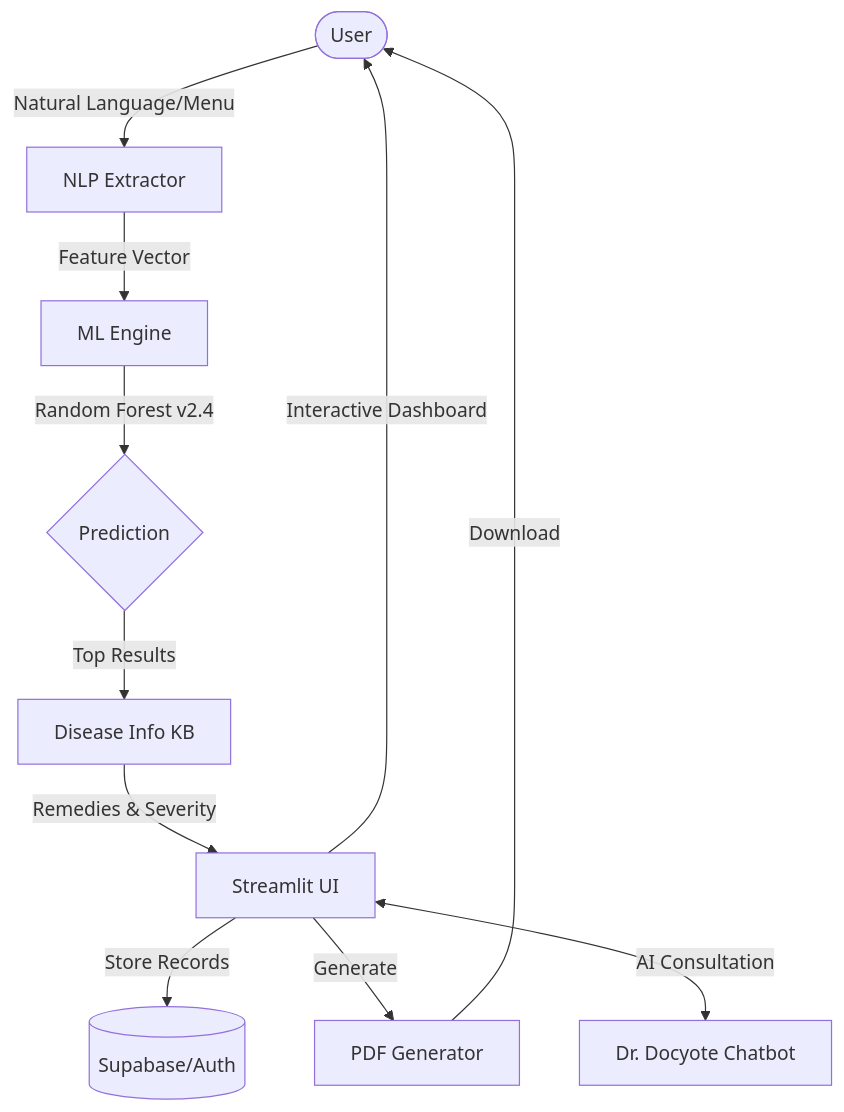
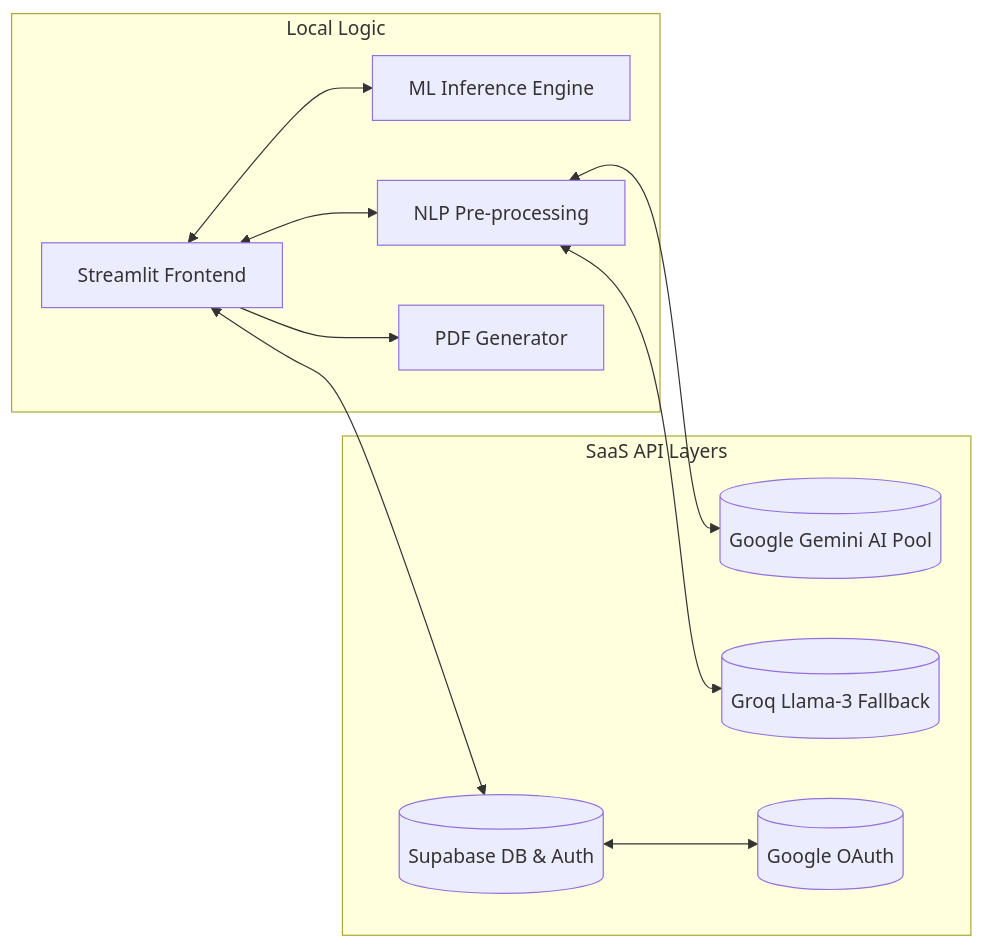
Before and after one commit to rameshchavan07/Disease-Detection-System: the diagram in README.md, drawn with Mermaid. The commit also changed other lines of this file, not shown here.

Commit message:
refactor: update README for clarity and enhance project overview with technical architecture

````diff
--- a/README.md
+++ b/README.md
@@ -34,13 +32,24 @@
 ```mermaid
-graph TD
-    User([User]) -->|Natural Language/Menu| NLP[NLP Extractor]
-    NLP -->|Feature Vector| ML[ML Engine]
-    ML -->|Random Forest v2.4| Pred{Prediction}
-    Pred -->|Top Results| Info[Disease Info KB]
-    Info -->|Remedies & Severity| UI[Streamlit UI]
-    UI -->|Interactive Dashboard| User
-    UI -->|Store Records| DB[(Supabase/Auth)]
-    UI -->|Generate| PDF[PDF Generator]
-    PDF -->|Download| User
-    UI <-->|AI Consultation| Gemini[Dr. Docyote Chatbot]
+graph LR
+    subgraph "Local Logic"
+        App[Streamlit Frontend]
+        ML[ML Inference Engine]
+        NLP[NLP Pre-processing]
+        PDF[PDF Generator]
+    end
+    
+    subgraph "SaaS API Layers"
+        Gemini[(Google Gemini AI Pool)]
+        Groq[(Groq Llama-3 Fallback)]
+        Supabase[(Supabase DB & Auth)]
+        OAuth[(Google OAuth)]
+    end
+
+    App <--> NLP
+    NLP <--> Gemini
+    NLP <--> Groq
+    App <--> ML
+    App <--> Supabase
+    Supabase <--> OAuth
+    App --> PDF
 ```
````
